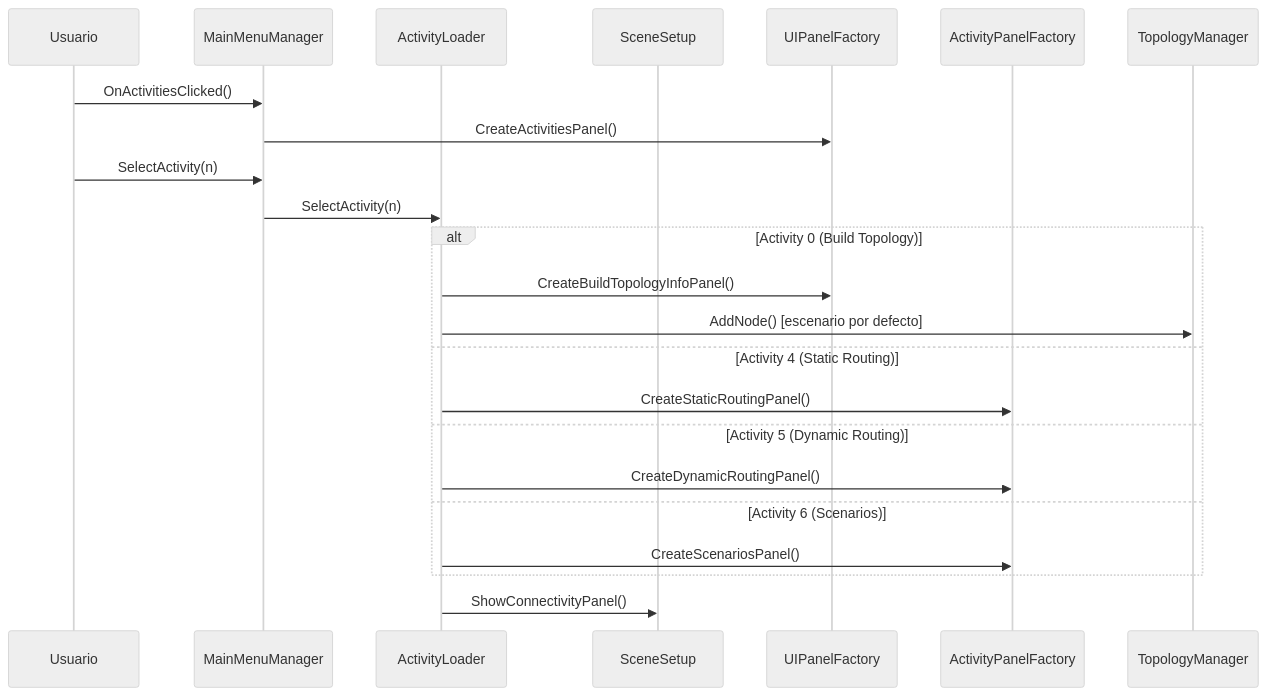
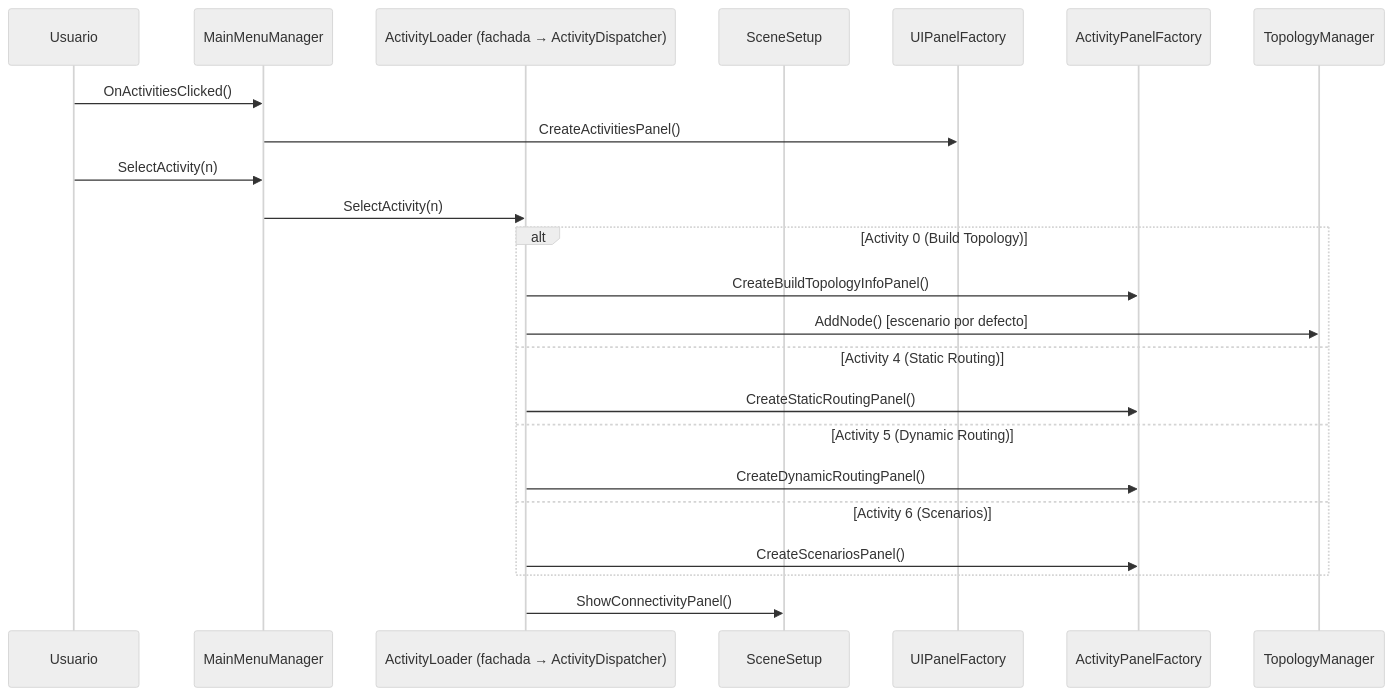
The fourth of 9 diagrams in docs/knowledge-graph/07-architectural-flows.md (Josmarinr/ProyectoGI_SimuladorRedesIDEUM), drawn with Mermaid (neutral theme) before and after one commit. The commit also changed 28 other files, not shown here.

````diff
--- a/docs/knowledge-graph/07-architectural-flows.md
+++ b/docs/knowledge-graph/07-architectural-flows.md
@@ -103,28 +103,28 @@
 ```mermaid
 sequenceDiagram
     participant USER as Usuario
     participant MMM as MainMenuManager
-    participant AL as ActivityLoader
+    participant AL as ActivityLoader (fachada → ActivityDispatcher)
     participant SS as SceneSetup
     participant UPF as UIPanelFactory
     participant APF as ActivityPanelFactory
     participant TM as TopologyManager
 
     USER->>MMM: OnActivitiesClicked()
     MMM->>UPF: CreateActivitiesPanel()
     USER->>MMM: SelectActivity(n)
     MMM->>AL: SelectActivity(n)
 
     alt Activity 0 (Build Topology)
-        AL->>UPF: CreateBuildTopologyInfoPanel()
+        AL->>APF: CreateBuildTopologyInfoPanel()
         AL->>TM: AddNode() [escenario por defecto]
     else Activity 4 (Static Routing)
         AL->>APF: CreateStaticRoutingPanel()
     else Activity 5 (Dynamic Routing)
         AL->>APF: CreateDynamicRoutingPanel()
     else Activity 6 (Scenarios)
         AL->>APF: CreateScenariosPanel()
     end
 
     AL->>SS: ShowConnectivityPanel()
 ```
````
